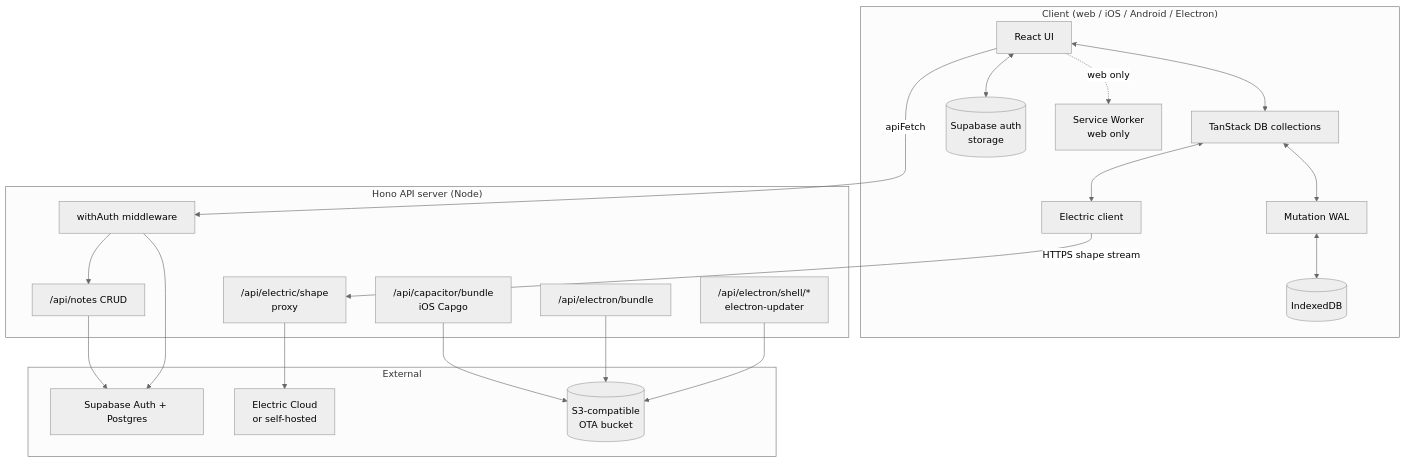
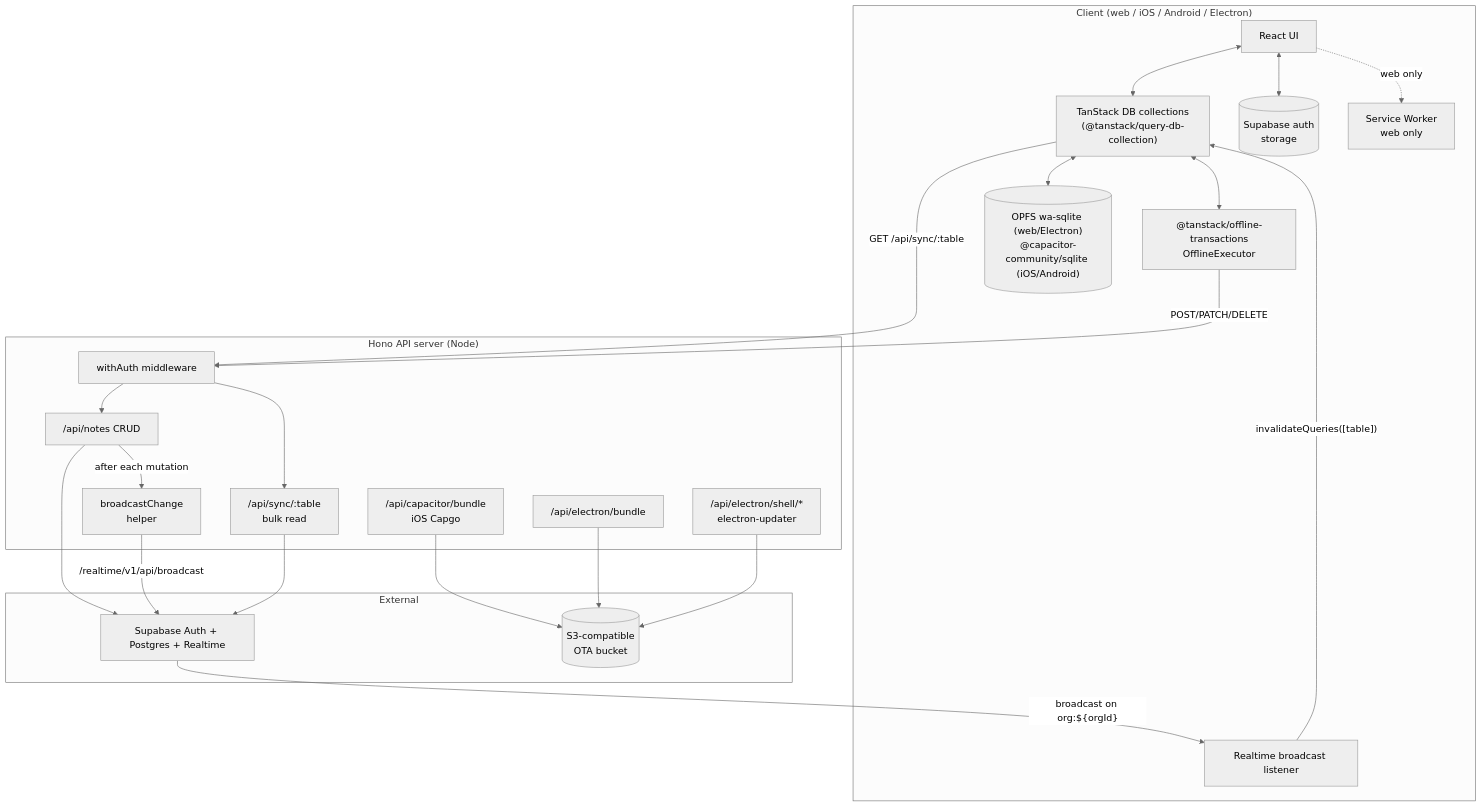
Before and after one commit to simonflore/vitronitor: the first of 4 diagrams in docs/ARCHITECTURE.md, drawn with Mermaid (neutral theme). The commit also changed other lines of this file and 10 other files, not shown here.

````diff
--- a/docs/ARCHITECTURE.md
+++ b/docs/ARCHITECTURE.md
@@ -5,44 +5,47 @@
 ```mermaid
 flowchart TB
     subgraph Client["Client (web / iOS / Android / Electron)"]
         UI[React UI]
-        TSDB[TanStack DB collections]
-        ELC[Electric client]
-        WAL[Mutation WAL]
-        IDB[(IndexedDB)]
+        TSDB["TanStack DB collections<br/>(@tanstack/query-db-collection)"]
+        OE["@tanstack/offline-transactions<br/>OfflineExecutor"]
+        SQ[("OPFS wa-sqlite (web/Electron)<br/>@capacitor-community/sqlite (iOS/Android)")]
         SS[(Supabase auth<br/>storage)]
+        BL["Realtime broadcast listener"]
         SW[Service Worker<br/>web only]
     end
 
     subgraph Server["Hono API server (Node)"]
         AUTH[withAuth middleware]
-        EProxy["/api/electric/shape<br/>proxy"]
+        Sync["/api/sync/:table<br/>bulk read"]
         Notes["/api/notes CRUD"]
+        BC[broadcastChange<br/>helper]
         OTA1["/api/capacitor/bundle<br/>iOS Capgo"]
         OTA2["/api/electron/bundle"]
         Releases["/api/electron/shell/*<br/>electron-updater"]
     end
 
     subgraph Backends["External"]
-        SBA[Supabase Auth + Postgres]
-        ECloud[Electric Cloud<br/>or self-hosted]
+        SBA[Supabase Auth + Postgres + Realtime]
         S3[(S3-compatible<br/>OTA bucket)]
     end
 
     UI <--> TSDB
-    TSDB <--> ELC
-    TSDB <--> WAL
-    WAL <--> IDB
+    TSDB <--> OE
+    TSDB <--> SQ
     UI <--> SS
     UI -.web only.-> SW
 
-    ELC -- HTTPS shape stream --> EProxy
-    UI -- apiFetch --> AUTH
+    TSDB -- GET /api/sync/:table --> AUTH
+    OE -- POST/PATCH/DELETE --> AUTH
+    AUTH --> Sync
     AUTH --> Notes
-    EProxy --> ECloud
     Notes --> SBA
-    AUTH --> SBA
+    Notes -- after each mutation --> BC
+    BC -- /realtime/v1/api/broadcast --> SBA
+    Sync --> SBA
+    SBA -- broadcast on org:${orgId} --> BL
+    BL -- invalidateQueries([table]) --> TSDB
     OTA1 --> S3
     OTA2 --> S3
     Releases --> S3
 ```
````
